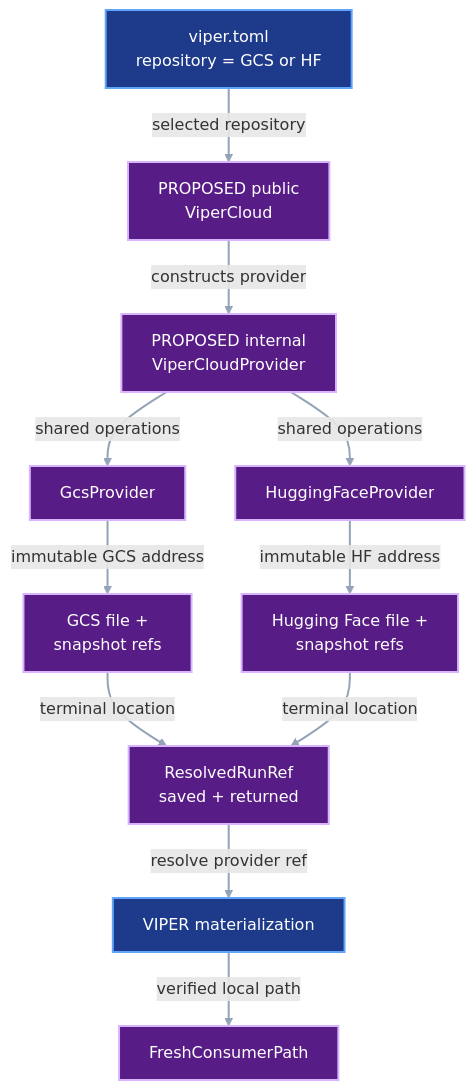
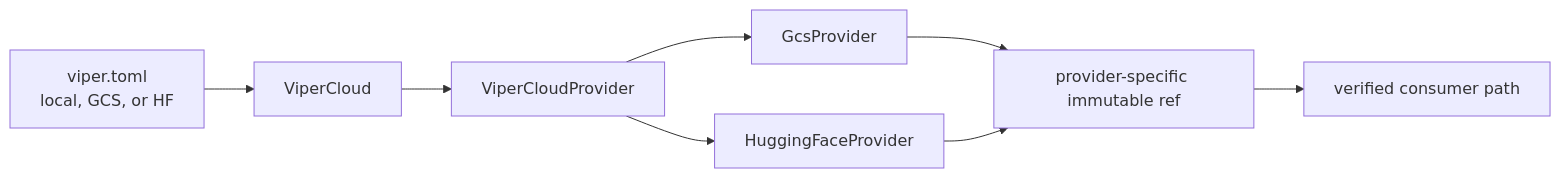
Before and after one commit to pvd232/RICO: the second of 3 diagrams in contracts/viper-cloud-persistence.md, drawn with Mermaid. The commit also changed other lines of this file and 3 other files, not shown here.

Commit message:
Reconcile ViperCloud contract with implementation

````diff
--- a/contracts/viper-cloud-persistence.md
+++ b/contracts/viper-cloud-persistence.md
@@ -283,33 +195,10 @@
 ```mermaid
-flowchart TB
-    Config["viper.toml<br/>repository = GCS or HF"]
-    Service["PROPOSED public<br/>ViperCloud"]
-    Base["PROPOSED internal<br/>ViperCloudProvider"]
-    Gcs["GcsProvider"]
-    Hf["HuggingFaceProvider"]
-    GcsRef["GCS file +<br/>snapshot refs"]
-    HfRef["Hugging Face file +<br/>snapshot refs"]
-    Root["ResolvedRunRef<br/>saved + returned"]
-    Consumer["VIPER materialization"]
-    Result["FreshConsumerPath"]
-
-    Config -->|"selected repository"| Service
-    Service -->|"constructs provider"| Base
-    Base -->|"shared operations"| Gcs
-    Base -->|"shared operations"| Hf
-    Gcs -->|"immutable GCS address"| GcsRef
-    Hf -->|"immutable HF address"| HfRef
-    GcsRef -->|"terminal location"| Root
-    HfRef -->|"terminal location"| Root
-    Root -->|"resolve provider ref"| Consumer
-    Consumer -->|"verified local path"| Result
-
-    class Config current
-    class Service,Base,Gcs,Hf,GcsRef,HfRef,Root proposed
-    class Consumer current
-    class Result output
-    classDef current fill:#1e3a8a,stroke:#60a5fa,color:#ffffff,stroke-width:2px
-    classDef proposed fill:#581c87,stroke:#d8b4fe,color:#ffffff,stroke-width:2px
-    classDef output fill:#581c87,stroke:#d8b4fe,color:#ffffff,stroke-width:2px
-    linkStyle default stroke:#94a3b8,stroke-width:2px
+flowchart LR
+    Config["viper.toml<br/>local, GCS, or HF"] --> Cloud["ViperCloud"]
+    Cloud --> Base["ViperCloudProvider"]
+    Base --> GCS["GcsProvider"]
+    Base --> HF["HuggingFaceProvider"]
+    GCS --> Ref["provider-specific immutable ref"]
+    HF --> Ref
+    Ref --> Consumer["verified consumer path"]
 ```
````
